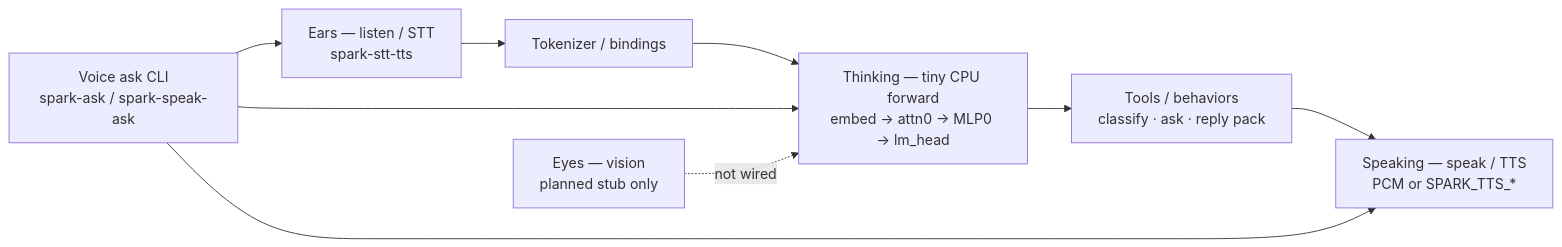
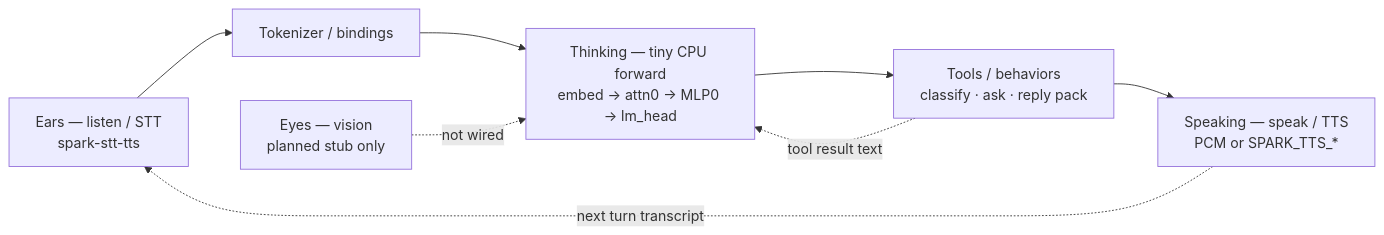
Before and after one commit to sparklang-dev/sparklang: the first of 6 diagrams in docs/MODEL_ASPECTS.md, drawn with Mermaid. The commit also changed other lines of this file and 25 other files, not shown here.

````diff
--- a/docs/MODEL_ASPECTS.md
+++ b/docs/MODEL_ASPECTS.md
@@ -51,16 +118,14 @@
 ```mermaid
 flowchart LR
   EAR["Ears — listen / STT<br/>spark-stt-tts"]
   TOK["Tokenizer / bindings"]
   BRN["Thinking — tiny CPU forward<br/>embed → attn0 → MLP0 → lm_head"]
   TOOL["Tools / behaviors<br/>classify · ask · reply pack"]
   VOC["Speaking — speak / TTS<br/>PCM or SPARK_TTS_*"]
-  ASKV["Voice ask CLI<br/>spark-ask / spark-speak-ask"]
   EAR --> TOK --> BRN
   BRN --> TOOL
   TOOL --> VOC
-  ASKV --> EAR
-  ASKV --> BRN
-  ASKV --> VOC
+  VOC -.->|next turn transcript| EAR
+  TOOL -.->|tool result text| BRN
   EYE["Eyes — vision<br/>planned stub only"] -.->|not wired| BRN
 ```
````
